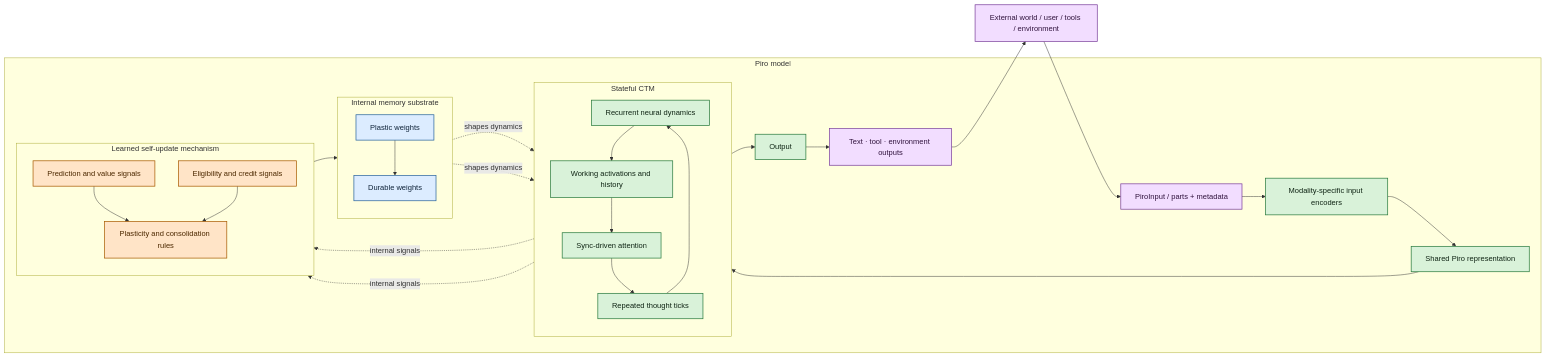
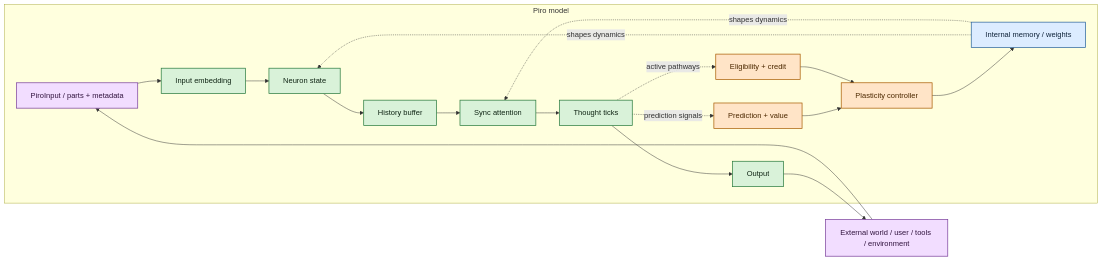
Before and after one commit to vargasjr-dev/piro: the diagram in docs/architecture/stateful-rl-first-model-v0.1.mmd, drawn with Mermaid. The commit also changed 5 other files, not shown here.

Commit message:
feat: expose inference learning architecture

```diff
--- a/docs/architecture/stateful-rl-first-model-v0.1.mmd
+++ b/docs/architecture/stateful-rl-first-model-v0.1.mmd
@@ -1,45 +1,28 @@
 %% Piro Stateful RL-First Model v0.1
-%% Structural view: internal memory and self-updating weights
+%% Structural view: inference dynamics and learning during inference
 flowchart LR
     classDef current fill:#d9f2d9,stroke:#287a3d,color:#102515,stroke-width:1.5px
     classDef proposed fill:#dcecff,stroke:#28639b,color:#10243a,stroke-width:1.5px
     classDef learning fill:#ffe4c7,stroke:#a85b00,color:#4d2900,stroke-width:1.5px
     classDef external fill:#f2ddff,stroke:#7a3f9b,color:#32153f,stroke-width:1.5px
     classDef boundary fill:#f7f7f7,stroke:#777,color:#222,stroke-dasharray:5 5
 
     subgraph PIRO[Piro model]
-        I[PiroInput / parts + metadata]:::external --> E[Modality-specific input encoders]:::current
-        E --> R[Shared Piro representation]:::current
-        R --> C
-        subgraph C[Stateful CTM]
-            direction TB
-            N[Recurrent neural dynamics]:::current
-            H[Working activations and history]:::current
-            S[Sync-driven attention]:::current
-            T[Repeated thought ticks]:::current
-            N --> H --> S --> T --> N
-        end
-        C --> O[Output]:::current
-        O --> X[Text · tool · environment outputs]:::external
-        subgraph MEM[Internal memory substrate]
-            direction TB
-            F[Plastic weights]:::proposed
-            D[Durable weights]:::proposed
-            F --> D
-        end
-        subgraph LEARN[Learned self-update mechanism]
-            direction TB
-            P[Prediction and value signals]:::learning
-            Q[Eligibility and credit signals]:::learning
-            U[Plasticity and consolidation rules]:::learning
-            P --> U
-            Q --> U
-        end
-        C -. internal signals .-> P
-        C -. internal signals .-> Q
-        U --> F
-        F -. shapes dynamics .-> C
-        D -. shapes dynamics .-> C
+        I[PiroInput / parts + metadata]:::external --> E[Input embedding]:::current
+        E --> N[Neuron state]:::current
+        N --> H[History buffer]:::current
+        H --> A[Sync attention]:::current
+        A --> T[Thought ticks]:::current
+        T --> O[Output]:::current
+
+        T -. prediction signals .-> P[Prediction + value]:::learning
+        T -. active pathways .-> Q[Eligibility + credit]:::learning
+        P --> U[Plasticity controller]:::learning
+        Q --> U
+        U --> W[Internal memory / weights]:::proposed
+        W -. shapes dynamics .-> N
+        W -. shapes dynamics .-> A
     end
-    W[External world / user / tools / environment]:::external --> I
-    X --> W
+
+    X[External world / user / tools / environment]:::external --> I
+    O --> X
```
